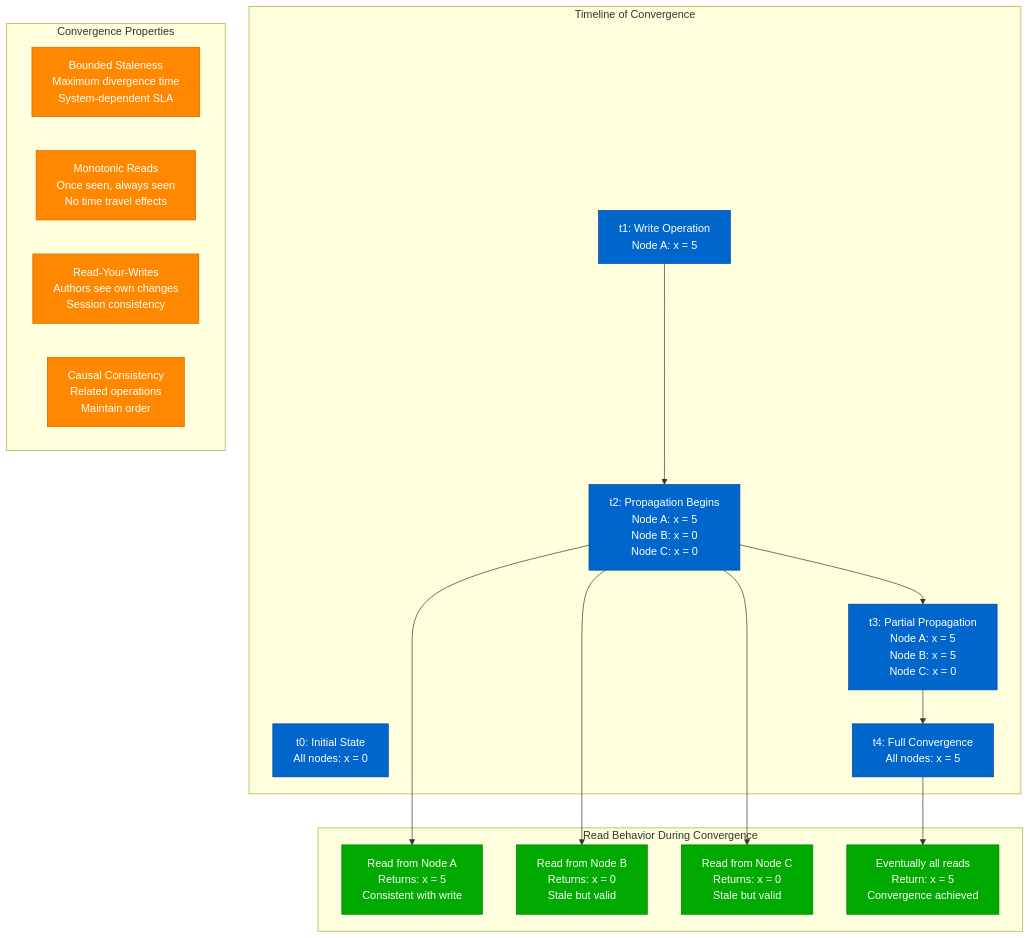
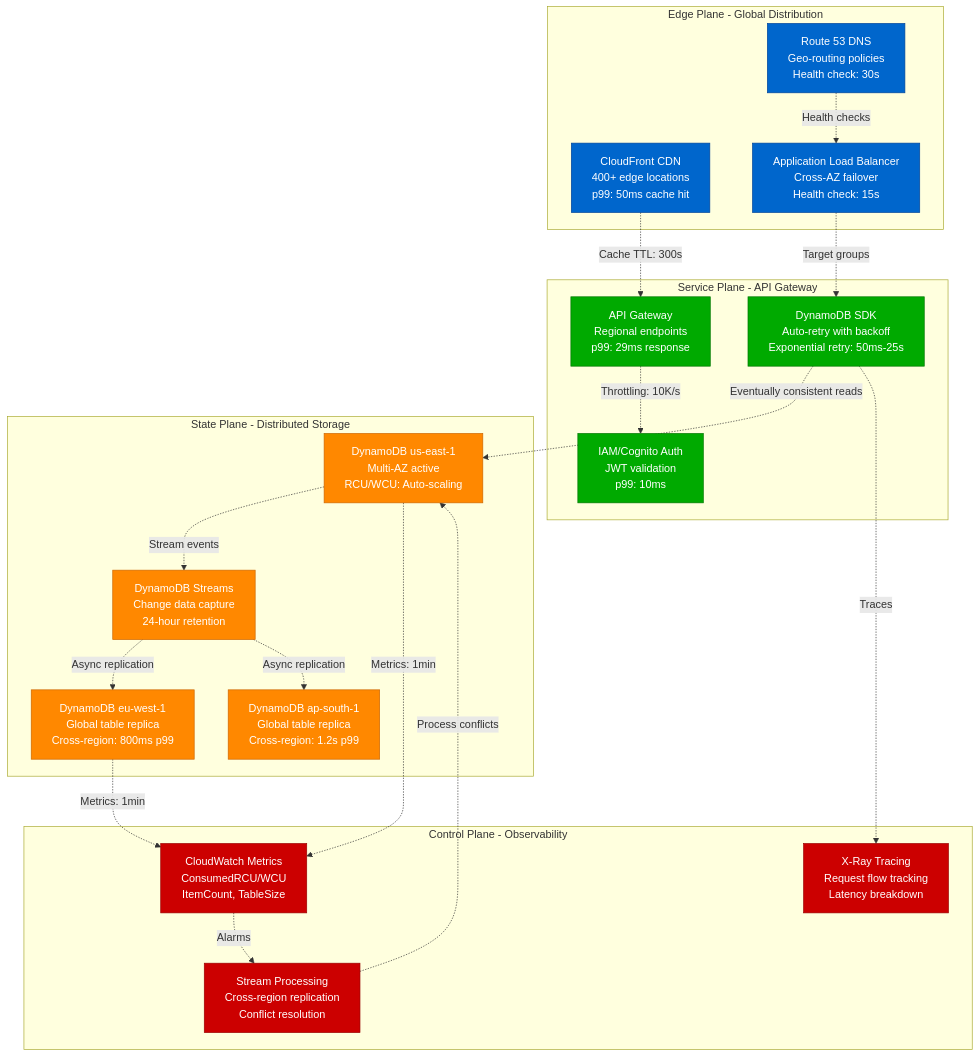
One commit to deepaucksharma/DS changed the first of 9 diagrams in site/docs/guarantees/eventual-consistency/eventual-consistency-concept.md. Above: the diagram before and after it, drawn with Mermaid. The commit also changed other lines of this file and 42 other files, not shown here.

````diff
--- a/site/docs/guarantees/eventual-consistency/eventual-consistency-concept.md
+++ b/site/docs/guarantees/eventual-consistency/eventual-consistency-concept.md
@@ -11,39 +13,54 @@
 ```mermaid
 graph TB
-    subgraph TimelineView[Timeline of Convergence]
-        T0[t0: Initial State<br/>All nodes: x = 0]
-        T1[t1: Write Operation<br/>Node A: x = 5]
-        T2[t2: Propagation Begins<br/>Node A: x = 5<br/>Node B: x = 0<br/>Node C: x = 0]
-        T3[t3: Partial Propagation<br/>Node A: x = 5<br/>Node B: x = 5<br/>Node C: x = 0]
-        T4[t4: Full Convergence<br/>All nodes: x = 5]
+    subgraph EDGE["Edge Plane - Global Distribution"]
+        CF[CloudFront CDN<br/>400+ edge locations<br/>p99: 50ms cache hit]
+        R53[Route 53 DNS<br/>Geo-routing policies<br/>Health check: 30s]
+        ALB[Application Load Balancer<br/>Cross-AZ failover<br/>Health check: 15s]
     end
 
-    subgraph ReadBehavior[Read Behavior During Convergence]
-        R1[Read from Node A<br/>Returns: x = 5<br/>Consistent with write]
-        R2[Read from Node B<br/>Returns: x = 0<br/>Stale but valid]
-        R3[Read from Node C<br/>Returns: x = 0<br/>Stale but valid]
-        R4[Eventually all reads<br/>Return: x = 5<br/>Convergence achieved]
+    subgraph SERVICE["Service Plane - API Gateway"]
+        APIGW[API Gateway<br/>Regional endpoints<br/>p99: 29ms response]
+        SDK[DynamoDB SDK<br/>Auto-retry with backoff<br/>Exponential retry: 50ms-25s]
+        AUTH[IAM/Cognito Auth<br/>JWT validation<br/>p99: 10ms]
     end
 
-    subgraph ConvergenceProperties[Convergence Properties]
-        CP1[Bounded Staleness<br/>Maximum divergence time<br/>System-dependent SLA]
-        CP2[Monotonic Reads<br/>Once seen, always seen<br/>No time travel effects]
-        CP3[Read-Your-Writes<br/>Authors see own changes<br/>Session consistency]
-        CP4[Causal Consistency<br/>Related operations<br/>Maintain order]
+    subgraph STATE["State Plane - Distributed Storage"]
+        DDB1[DynamoDB us-east-1<br/>Multi-AZ active<br/>RCU/WCU: Auto-scaling]
+        DDB2[DynamoDB eu-west-1<br/>Global table replica<br/>Cross-region: 800ms p99]
+        DDB3[DynamoDB ap-south-1<br/>Global table replica<br/>Cross-region: 1.2s p99]
+        STREAM[DynamoDB Streams<br/>Change data capture<br/>24-hour retention]
     end
 
-    %% Apply 4-plane colors for clarity
-    classDef timelineStyle fill:#0066CC,stroke:#004499,color:#fff
-    classDef readStyle fill:#00AA00,stroke:#007700,color:#fff
-    classDef propertyStyle fill:#FF8800,stroke:#CC6600,color:#fff
+    subgraph CONTROL["Control Plane - Observability"]
+        CW[CloudWatch Metrics<br/>ConsumedRCU/WCU<br/>ItemCount, TableSize]
+        XRAY[X-Ray Tracing<br/>Request flow tracking<br/>Latency breakdown]
+        LAMBDA[Stream Processing<br/>Cross-region replication<br/>Conflict resolution]
+    end
 
-    class T0,T1,T2,T3,T4 timelineStyle
-    class R1,R2,R3,R4 readStyle
-    class CP1,CP2,CP3,CP4 propertyStyle
+    CF -.->|"Cache TTL: 300s"| APIGW
+    R53 -.->|"Health checks"| ALB
+    ALB -.->|"Target groups"| SDK
+    APIGW -.->|"Throttling: 10K/s"| AUTH
+    SDK -.->|"Eventually consistent reads"| DDB1
 
-    T1 --> T2 --> T3 --> T4
-    T2 --> R1
-    T2 --> R2
-    T2 --> R3
-    T4 --> R4
+    DDB1 -.->|"Stream events"| STREAM
+    STREAM -.->|"Async replication"| DDB2
+    STREAM -.->|"Async replication"| DDB3
+    LAMBDA -.->|"Process conflicts"| DDB1
+
+    DDB1 -.->|"Metrics: 1min"| CW
+    DDB2 -.->|"Metrics: 1min"| CW
+    SDK -.->|"Traces"| XRAY
+    CW -.->|"Alarms"| LAMBDA
+
+    %% Production 4-plane colors
+    classDef edge fill:#0066CC,stroke:#004499,color:#fff
+    classDef service fill:#00AA00,stroke:#007700,color:#fff
+    classDef state fill:#FF8800,stroke:#CC6600,color:#fff
+    classDef control fill:#CC0000,stroke:#990000,color:#fff
+
+    class CF,R53,ALB edge
+    class APIGW,SDK,AUTH service
+    class DDB1,DDB2,DDB3,STREAM state
+    class CW,XRAY,LAMBDA control
 ```
````
